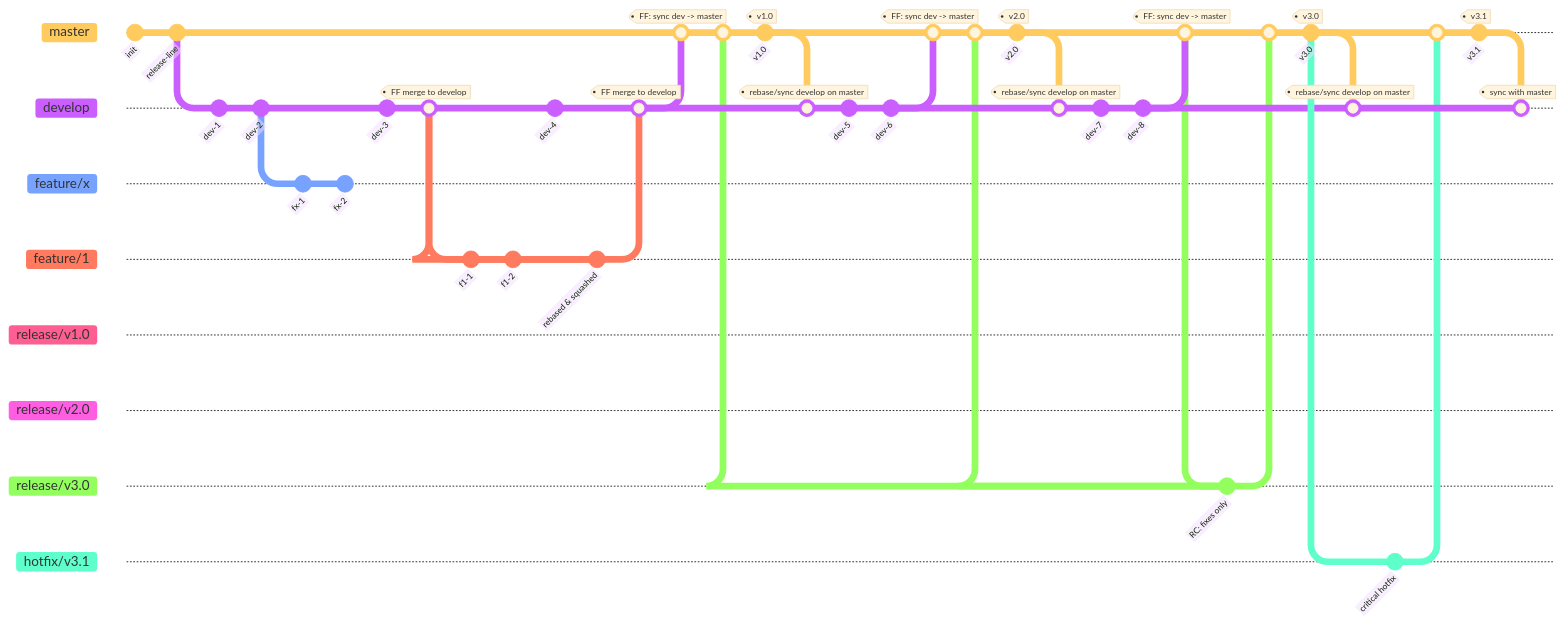
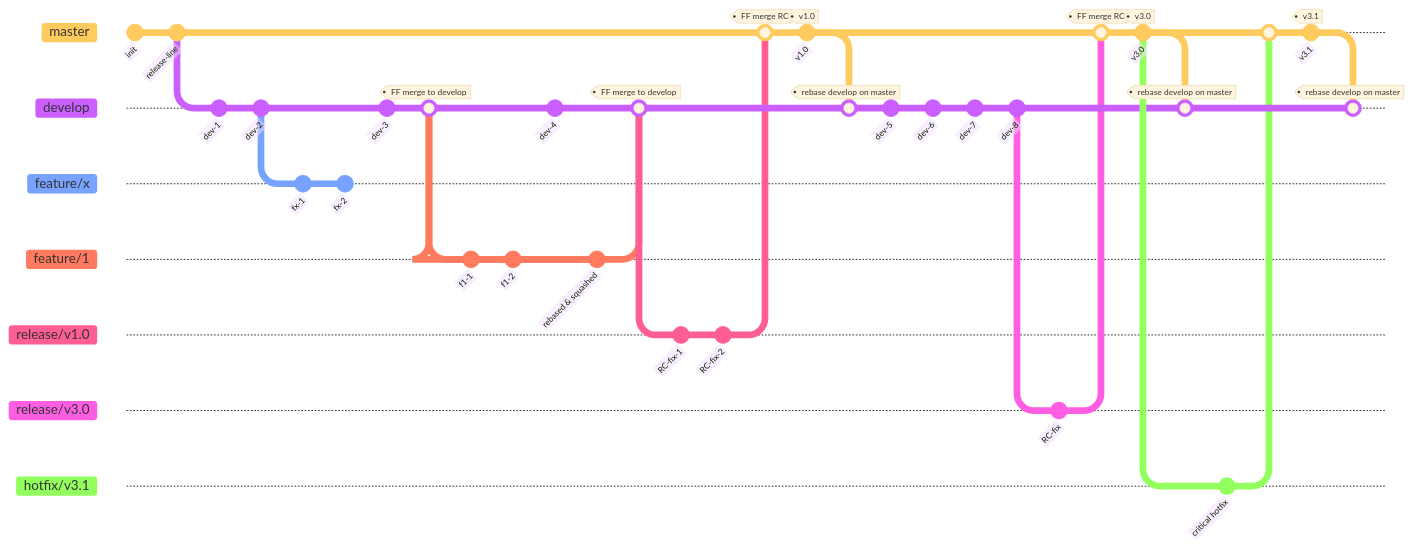
Before and after one commit to AnarManafov/GitWorkflow: the first of 12 diagrams in README.md, drawn with Mermaid. The commit also changed other lines of this file and 1 other file, not shown here.

First line of the commit message:
docs: refine release candidate workflow and add feature rejection use case

````diff
--- a/README.md
+++ b/README.md
@@ -201,55 +202,36 @@
   checkout develop
   merge feature/1 tag: "FF merge to develop"
 
-  %% Switch back to main branch (which is master due to our theme)
-  checkout master
-  merge develop tag: "FF: sync dev -> master"
-
-  %% Release v1.0 (RC branch with fixes only)
+  %% Release v1.0 (RC branch from develop with fixes)
+  checkout develop
   branch release/v1.0
   checkout release/v1.0
-  commit id: "RC: fixes only"
+  commit id: "RC-fix-1"
+  commit id: "RC-fix-2"
   checkout master
-  merge release/v1.0
+  merge release/v1.0 tag: "FF merge RC"
   commit id: "v1.0" tag: "v1.0"
 
   %% Rebase develop on master after release
   checkout develop
-  merge master tag: "rebase/sync develop on master"
+  merge master tag: "rebase develop on master"
 
-  %% Next cycle leading to v2.0
+  %% Next cycle leading to v3.0
   checkout develop
   commit id: "dev-5"
   commit id: "dev-6"
-  checkout master
-  merge develop tag: "FF: sync dev -> master"
-  branch release/v2.0
-  checkout release/v2.0
-  commit id: "RC: fixes only"
-  checkout master
-  merge release/v2.0
-  commit id: "v2.0" tag: "v2.0"
-
-  %% Rebase develop on master after release
-  checkout develop
-  merge master tag: "rebase/sync develop on master"
-
-  %% Next cycle leading to v3.0
-  checkout develop
   commit id: "dev-7"
   commit id: "dev-8"
-  checkout master
-  merge develop tag: "FF: sync dev -> master"
   branch release/v3.0
   checkout release/v3.0
-  commit id: "RC: fixes only"
+  commit id: "RC-fix"
   checkout master
-  merge release/v3.0
+  merge release/v3.0 tag: "FF merge RC"
   commit id: "v3.0" tag: "v3.0"
 
   %% Rebase develop on master after release
   checkout develop
-  merge master tag: "rebase/sync develop on master"
+  merge master tag: "rebase develop on master"
 
   %% HotFix from v3.0 -> v3.1, then sync back to develop
   checkout master
@@ -262,5 +244,5 @@
 
   %% Sync develop with master after hotfix
   checkout develop
-  merge master tag: "sync with master"
+  merge master tag: "rebase develop on master"
 ```
````
